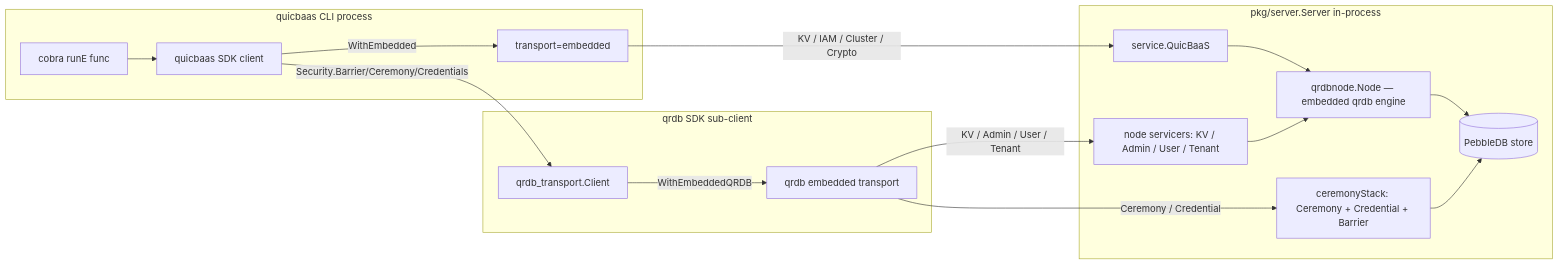
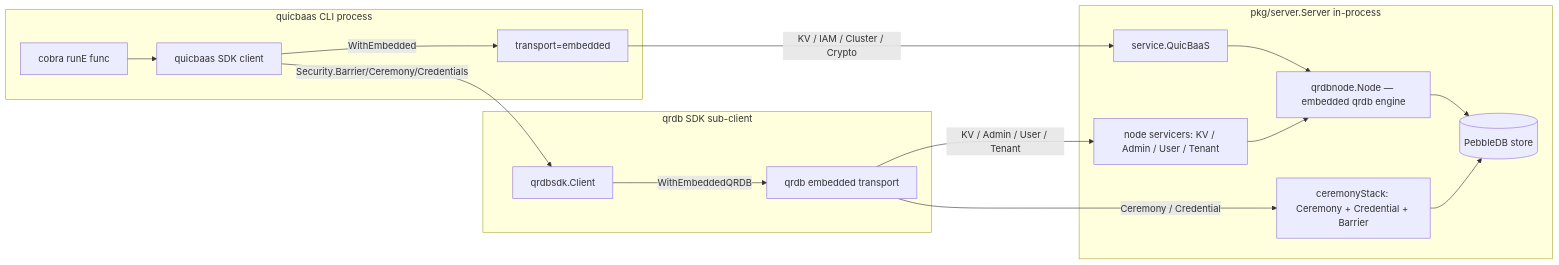
The diagram in docs/composition/user.md (jeremyhahn/go-quicbaas), drawn with Mermaid before and after one commit. The commit also changed other lines of this file and 5 other files, not shown here.

````diff
--- a/docs/composition/user.md
+++ b/docs/composition/user.md
@@ -213,34 +215,34 @@
 ```mermaid
 flowchart LR
     subgraph CLI [quicbaas CLI process]
         Cobra[cobra runE func]
         SDK[quicbaas SDK client]
         Embedded[transport=embedded]
     end
 
     subgraph SDKQRDB [qrdb SDK sub-client]
-        QRDBClient[qrdb_transport.Client]
+        QRDBClient[qrdbsdk.Client]
         QRDBEmbedded[qrdb embedded transport]
     end
 
     subgraph Server [pkg/server.Server in-process]
         Service[service.QuicBaaS]
         Node[qrdbnode.Node — embedded qrdb engine]
         Servicers[node servicers: KV / Admin / User / Tenant]
         Ceremony[ceremonyStack: Ceremony + Credential + Barrier]
         Pebble[(PebbleDB store)]
     end
 
     Cobra --> SDK
     SDK -->|WithEmbedded| Embedded
     Embedded -->|KV / IAM / Cluster / Crypto| Service
     Service --> Node
 
     SDK -->|Security.Barrier/Ceremony/Credentials| QRDBClient
     QRDBClient -->|WithEmbeddedQRDB| QRDBEmbedded
     QRDBEmbedded -->|KV / Admin / User / Tenant| Servicers
     Servicers --> Node
     QRDBEmbedded -->|Ceremony / Credential| Ceremony
     Node --> Pebble
     Ceremony --> Pebble
 ```
````
